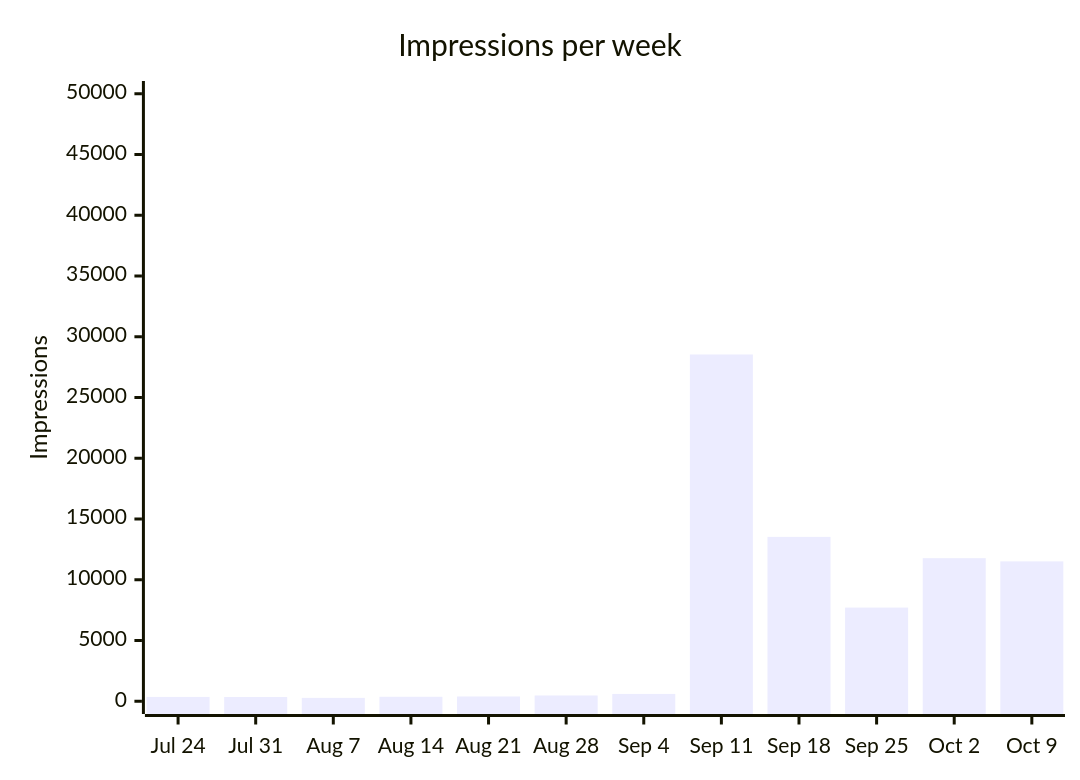
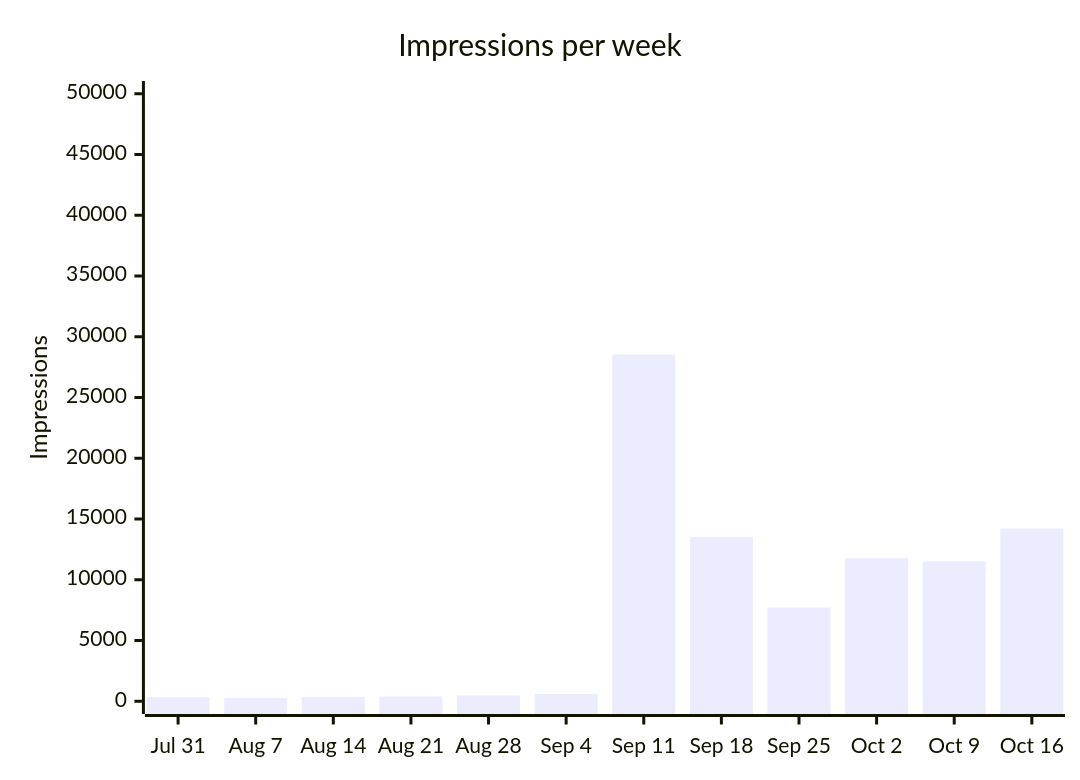
The second of 13 diagrams in latest.md (langx/website), drawn with Mermaid before and after one commit. The commit also changed other lines of this file and 2 other files, not shown here.

````diff
--- a/latest.md
+++ b/latest.md
@@ -28,7 +28,7 @@
 ```mermaid
 xychart-beta
   title "Impressions per week"
-  x-axis ["Jul 24", "Jul 31", "Aug 7", "Aug 14", "Aug 21", "Aug 28", "Sep 4", "Sep 11", "Sep 18", "Sep 25", "Oct 2", "Oct 9"]
+  x-axis ["Jul 31", "Aug 7", "Aug 14", "Aug 21", "Aug 28", "Sep 4", "Sep 11", "Sep 18", "Sep 25", "Oct 2", "Oct 9", "Oct 16"]
   y-axis "Impressions" 0 --> 50000
-  bar [357, 349, 279, 368, 392, 474, 601, 28541, 13529, 7711, 11776, 11513]
+  bar [349, 279, 368, 392, 474, 601, 28541, 13529, 7711, 11776, 11513, 14211]
 ```
````
